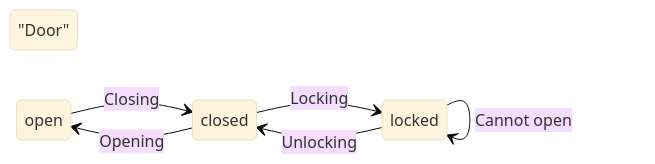
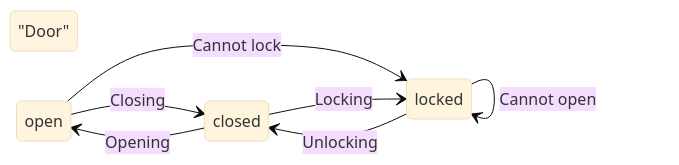
Before and after one commit to fletchjp/StateMachine: the fourth of 4 diagrams in README.md, drawn with Mermaid (base theme).

Commit message:
Update README.md
Add more actions

````diff
--- a/README.md
+++ b/README.md
@@ -46,10 +46,11 @@
  ``` mermaid
   stateDiagram-v2
   direction LR
   state: "Door"
   open --> closed : Closing
+  open --> locked : Cannot lock
   closed --> open : Opening
   closed --> locked : Locking
   locked --> closed : Unlocking
   locked --> locked : Cannot open
 ```
````
